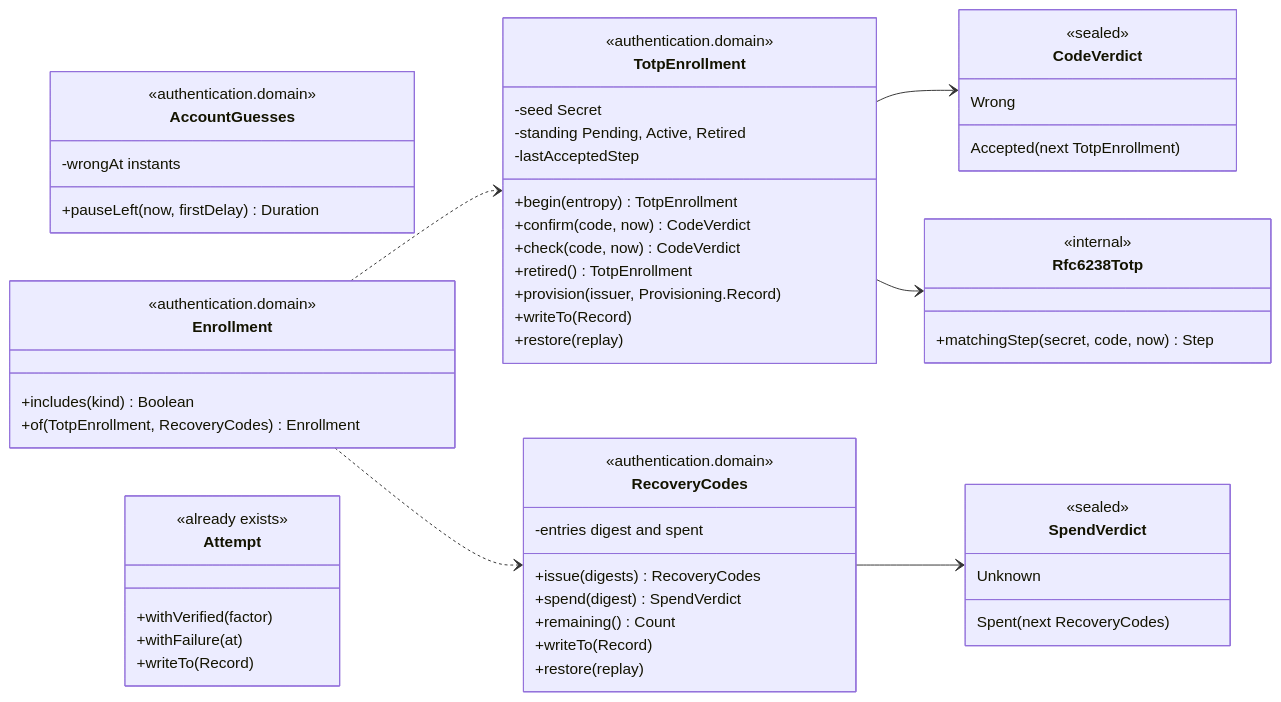
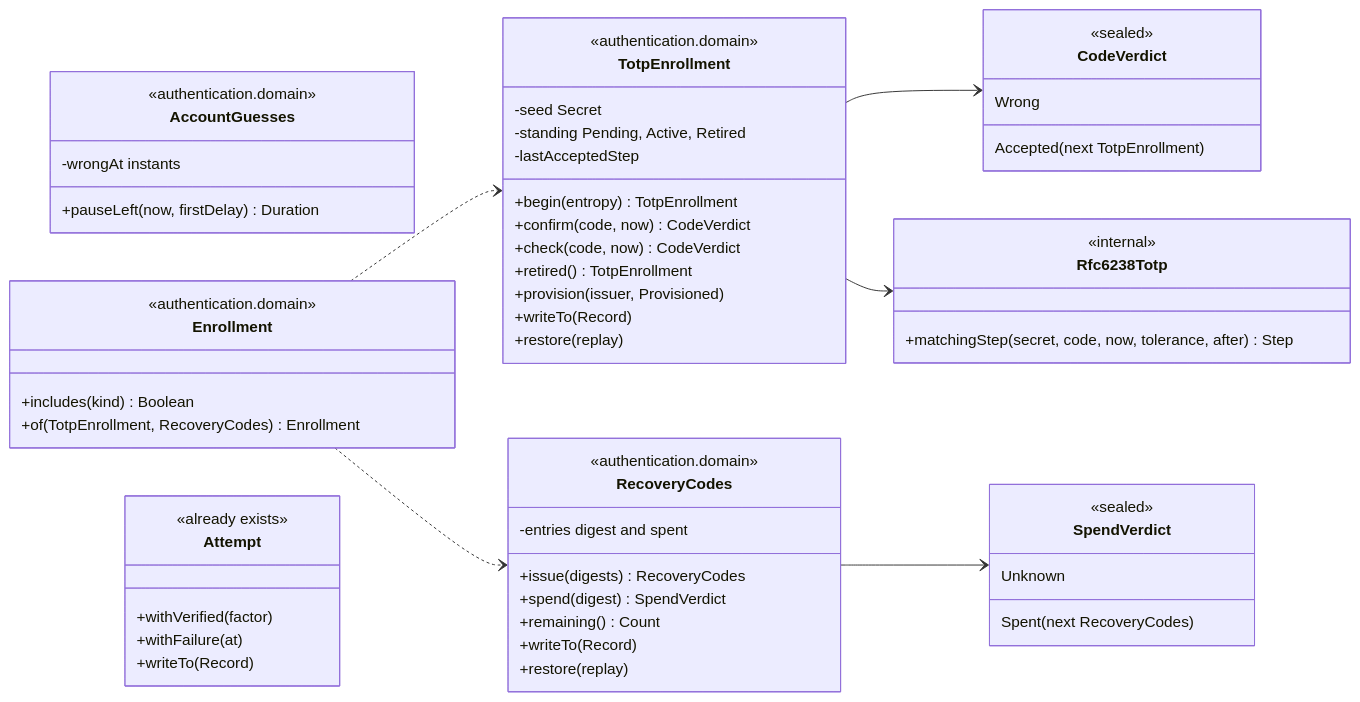
Before and after one commit to yuriisurzhykov/Tallyvane: the fourth of 6 diagrams in docs/backend/03-authentication-slice-5b-totp.md, drawn with Mermaid. The commit also changed other lines of this file and 3 other files, not shown here.

First line of the commit message:
Record the TOTP decision as ADR-093 and bring the slice 5 documents in line with the code (slice 5b)

````diff
--- a/docs/backend/03-authentication-slice-5b-totp.md
+++ b/docs/backend/03-authentication-slice-5b-totp.md
@@ -154,61 +154,61 @@
 ```mermaid
 classDiagram
     direction LR
     class TotpEnrollment {
         <<authentication.domain>>
         -seed Secret
         -standing Pending, Active, Retired
         -lastAcceptedStep
         +begin(entropy) TotpEnrollment
         +confirm(code, now) CodeVerdict
         +check(code, now) CodeVerdict
         +retired() TotpEnrollment
-        +provision(issuer, Provisioning.Record)
+        +provision(issuer, Provisioned)
         +writeTo(Record)
         +restore(replay)
     }
     class CodeVerdict {
         <<sealed>>
         Accepted(next TotpEnrollment)
         Wrong
     }
     class RecoveryCodes {
         <<authentication.domain>>
         -entries digest and spent
         +issue(digests) RecoveryCodes
         +spend(digest) SpendVerdict
         +remaining() Count
         +writeTo(Record)
         +restore(replay)
     }
     class SpendVerdict {
         <<sealed>>
         Spent(next RecoveryCodes)
         Unknown
     }
     class AccountGuesses {
         <<authentication.domain>>
         -wrongAt instants
         +pauseLeft(now, firstDelay) Duration
     }
     class Enrollment {
         <<authentication.domain>>
         +includes(kind) Boolean
         +of(TotpEnrollment, RecoveryCodes) Enrollment
     }
     class Rfc6238Totp {
         <<internal>>
-        +matchingStep(secret, code, now) Step
+        +matchingStep(secret, code, now, tolerance, after) Step
     }
     class Attempt {
         <<already exists>>
         +withVerified(factor)
         +withFailure(at)
         +writeTo(Record)
     }
     TotpEnrollment --> CodeVerdict
     TotpEnrollment --> Rfc6238Totp
     RecoveryCodes --> SpendVerdict
     Enrollment ..> TotpEnrollment
     Enrollment ..> RecoveryCodes
 ```
````
